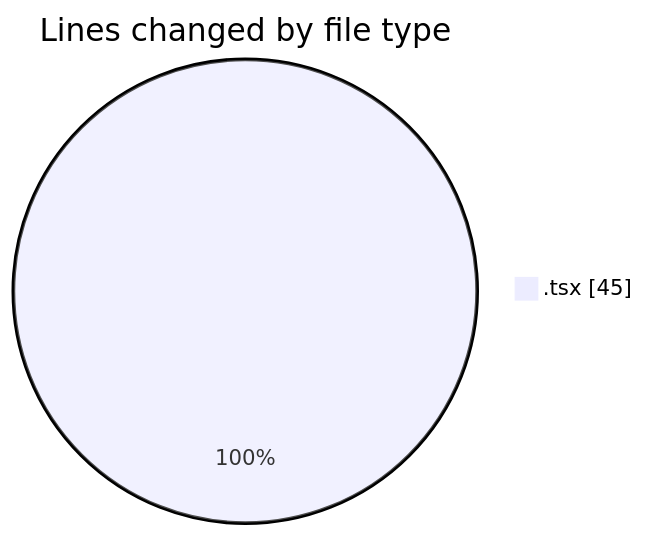
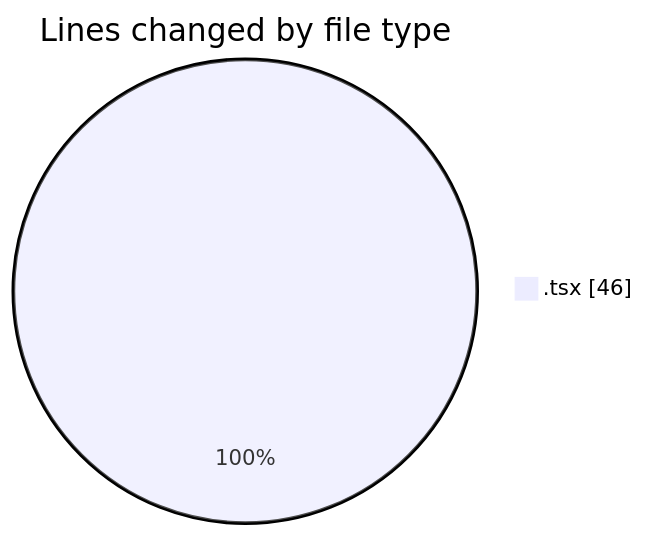
The first of 2 diagrams in 2026-02-27/nxtqube_webapp/README.md (nxtqubesakshisongat/code-tracking), drawn with Mermaid before and after one commit. The commit also changed other lines of this file and 1 other file, not shown here.

````diff
--- a/2026-02-27/nxtqube_webapp/README.md
+++ b/2026-02-27/nxtqube_webapp/README.md
@@ -20,5 +20,5 @@
 ```mermaid
 pie showData
 title Lines changed by file type
-".tsx" : 45
+".tsx" : 46
 ```
````
